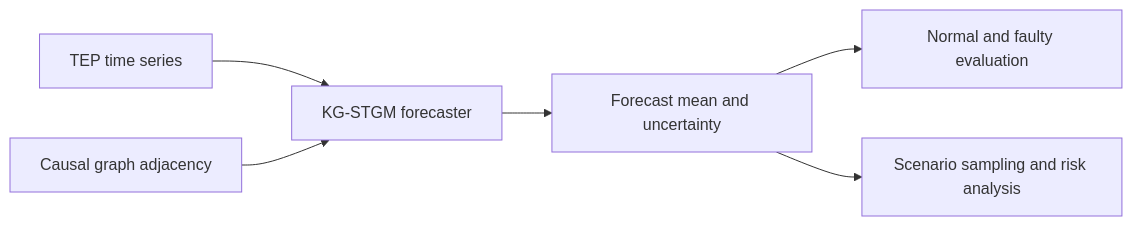
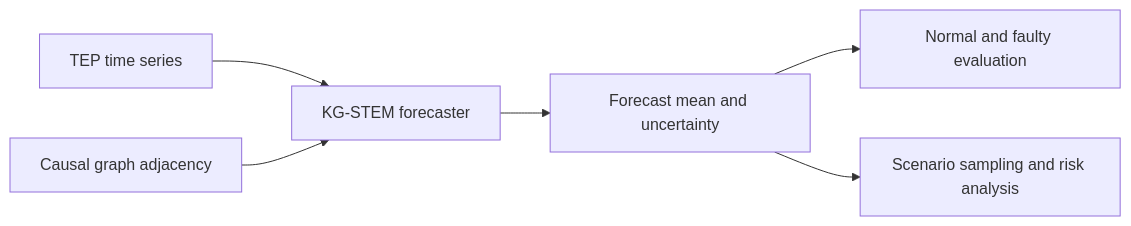
One commit to rohanst14/KG-STEM-Framework changed the diagram in README.md. Above: the diagram before and after it, drawn with Mermaid. The commit also changed other lines of this file and 2 other files, not shown here.

````diff
--- a/README.md
+++ b/README.md
@@ -9,8 +19,8 @@
 ```mermaid
 flowchart LR
-  A[TEP time series] --> C[KG-STGM forecaster]
+  A[TEP time series] --> C[KG-STEM forecaster]
   B[Causal graph adjacency] --> C
   C --> D[Forecast mean and uncertainty]
   D --> E[Normal and faulty evaluation]
   D --> F[Scenario sampling and risk analysis]
 ```
````
